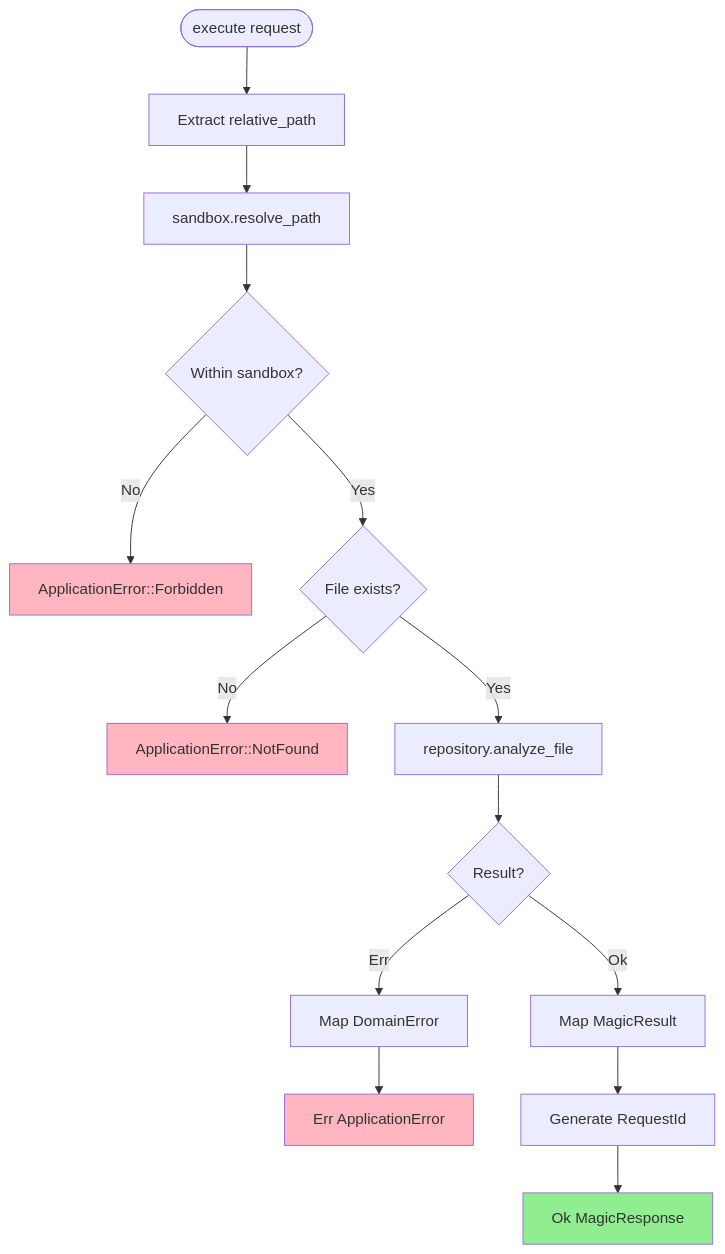
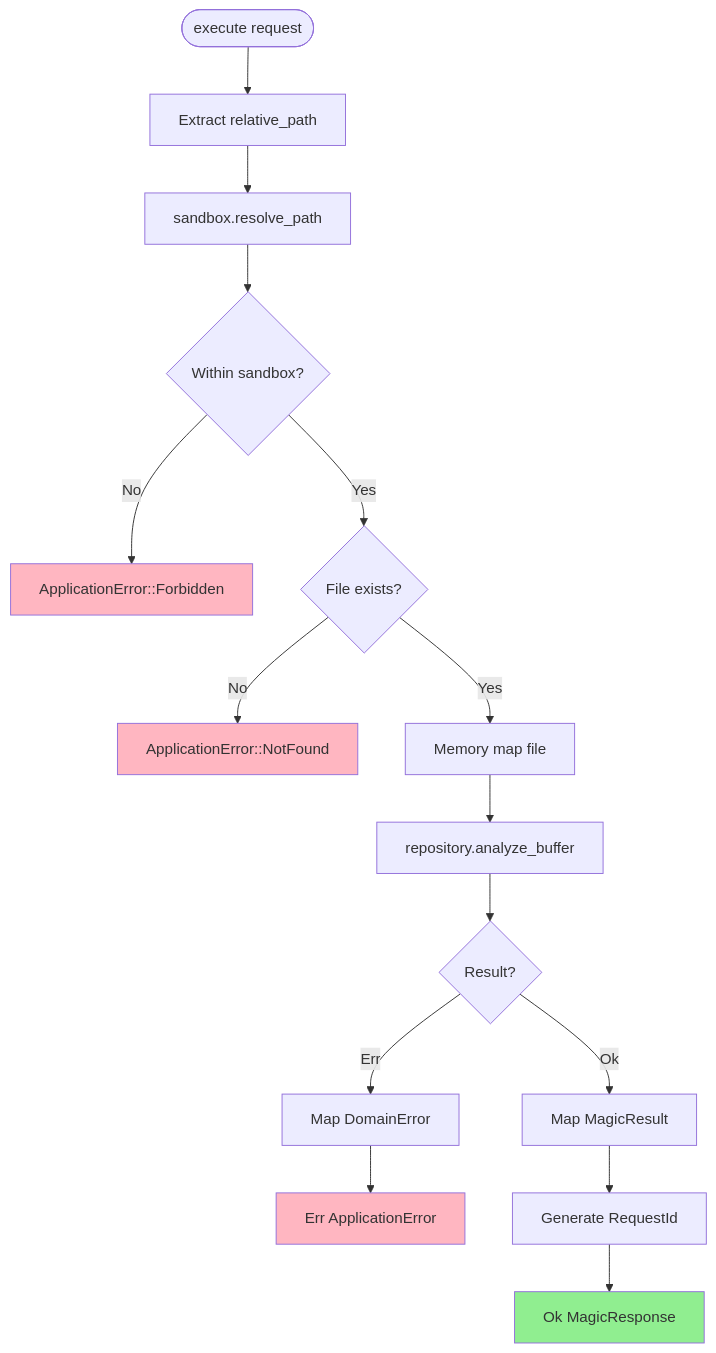
The third of 6 diagrams in docs/reference/application/analyze_path.md (photom/magicer), drawn with Mermaid before and after one commit. The commit also changed other lines of this file and 18 other files, not shown here.

````diff
--- a/docs/reference/application/analyze_path.md
+++ b/docs/reference/application/analyze_path.md
@@ -122,21 +125,22 @@
 ```mermaid
 flowchart TD
     Start([execute request]) --> Extract[Extract relative_path]
     Extract --> Resolve[sandbox.resolve_path]
     Resolve --> InSandbox{Within sandbox?}
     InSandbox -->|No| ErrForbidden[ApplicationError::Forbidden]
     InSandbox -->|Yes| CheckExists{File exists?}
     CheckExists -->|No| ErrNotFound[ApplicationError::NotFound]
-    CheckExists -->|Yes| CallRepo[repository.analyze_file]
+    CheckExists -->|Yes| Mmap[Memory map file]
+    Mmap --> CallRepo[repository.analyze_buffer]
     CallRepo --> RepoResult{Result?}
     RepoResult -->|Err| MapError[Map DomainError]
     RepoResult -->|Ok| MapResponse[Map MagicResult]
     MapError --> ErrResult[Err ApplicationError]
     MapResponse --> GenRequestId[Generate RequestId]
     GenRequestId --> Success[Ok MagicResponse]
     
     style Success fill:#90EE90
     style ErrForbidden fill:#FFB6C1
     style ErrNotFound fill:#FFB6C1
     style ErrResult fill:#FFB6C1
 ```
````
